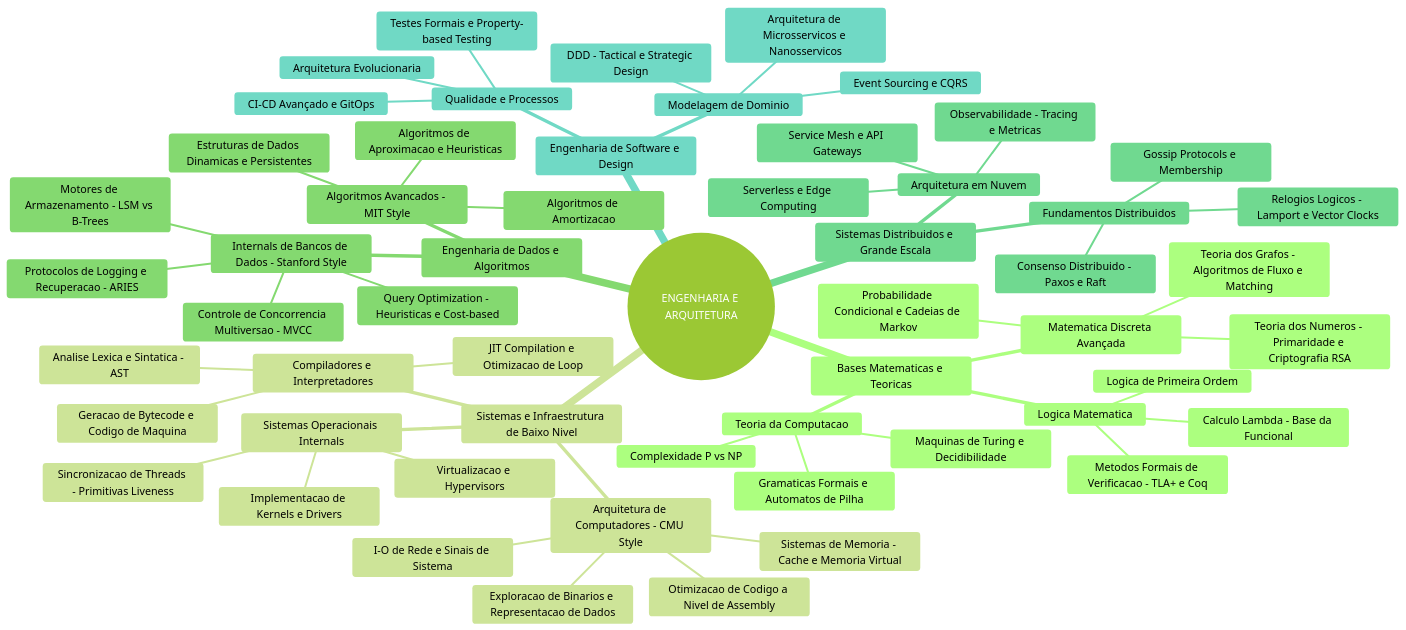
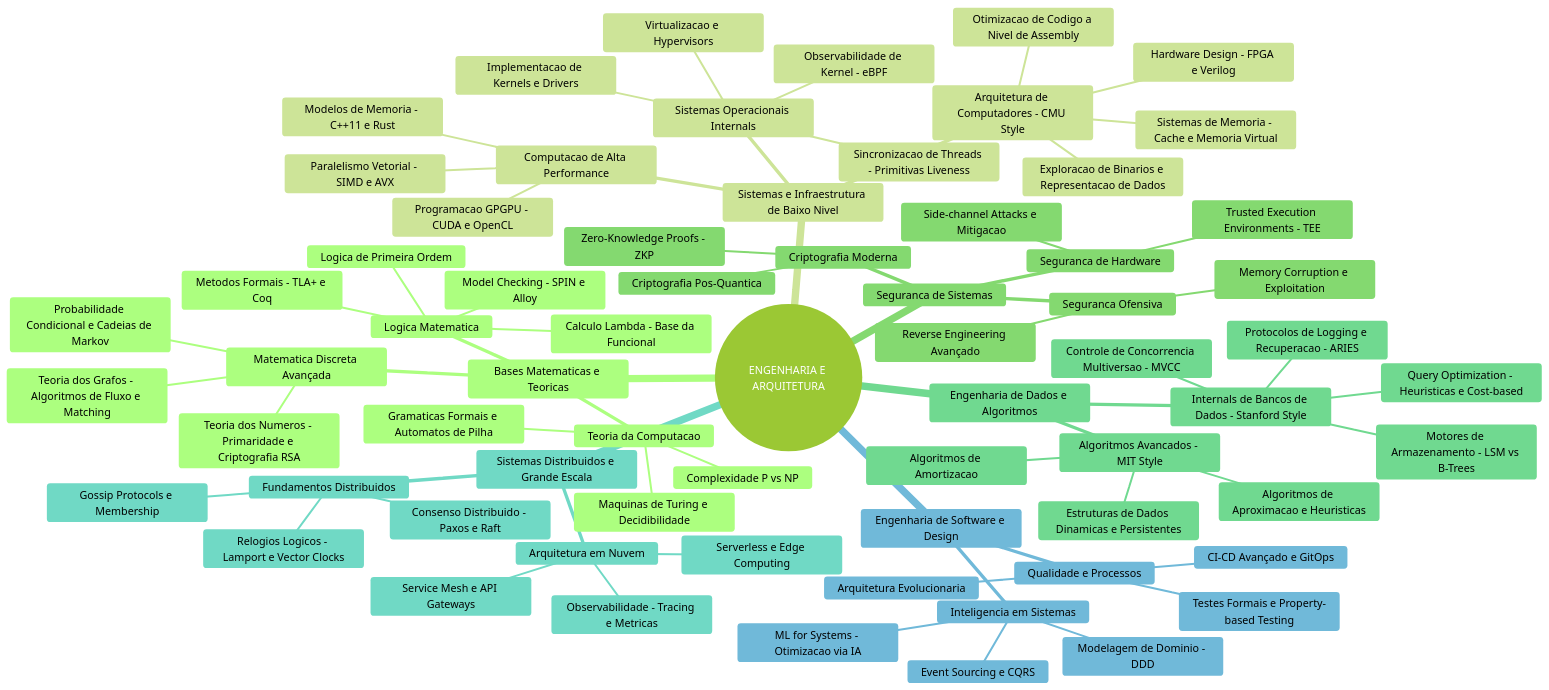
One commit to aldcejam/study changed the diagram in ROADMAP.md. Above: the diagram before and after it, drawn with Mermaid (forest theme). The commit also changed 1 other file, not shown here.

Commit message:
meu obsidian

````diff
--- a/ROADMAP.md
+++ b/ROADMAP.md
@@ -1,60 +1,71 @@
 ``` mermaid
 mindmap
   root((ENGENHARIA E ARQUITETURA))
     Bases Matematicas e Teoricas
       Matematica Discreta Avançada
         Teoria dos Grafos - Algoritmos de Fluxo e Matching
         Teoria dos Numeros - Primaridade e Criptografia RSA
         Probabilidade Condicional e Cadeias de Markov
       Teoria da Computacao
         Maquinas de Turing e Decidibilidade
         Complexidade P vs NP
         Gramaticas Formais e Automatos de Pilha
       Logica Matematica
         Logica de Primeira Ordem
-        Metodos Formais de Verificacao - TLA+ e Coq
+        Metodos Formais - TLA+ e Coq
+        Model Checking - SPIN e Alloy
         Calculo Lambda - Base da Funcional
     Sistemas e Infraestrutura de Baixo Nivel
       Arquitetura de Computadores - CMU Style
         Exploracao de Binarios e Representacao de Dados
         Otimizacao de Codigo a Nivel de Assembly
+        Hardware Design - FPGA e Verilog
         Sistemas de Memoria - Cache e Memoria Virtual
-        I-O de Rede e Sinais de Sistema
-      Compiladores e Interpretadores
-        Analise Lexica e Sintatica - AST
-        Geracao de Bytecode e Codigo de Maquina
-        JIT Compilation e Otimizacao de Loop
       Sistemas Operacionais Internals
         Implementacao de Kernels e Drivers
+        Observabilidade de Kernel - eBPF
         Sincronizacao de Threads - Primitivas Liveness
         Virtualizacao e Hypervisors
+      Computacao de Alta Performance
+        Paralelismo Vetorial - SIMD e AVX
+        Programacao GPGPU - CUDA e OpenCL
+        Modelos de Memoria - C++11 e Rust
+    Seguranca de Sistemas
+      Seguranca Ofensiva
+        Memory Corruption e Exploitation
+        Reverse Engineering Avançado
+      Criptografia Moderna
+        Zero-Knowledge Proofs - ZKP
+        Criptografia Pos-Quantica
+      Seguranca de Hardware
+        Trusted Execution Environments - TEE
+        Side-channel Attacks e Mitigacao
     Engenharia de Dados e Algoritmos
       Algoritmos Avancados - MIT Style
         Algoritmos de Amortizacao
         Estruturas de Dados Dinamicas e Persistentes
         Algoritmos de Aproximacao e Heuristicas
       Internals de Bancos de Dados - Stanford Style
         Motores de Armazenamento - LSM vs B-Trees
         Query Optimization - Heuristicas e Cost-based
         Controle de Concorrencia Multiversao - MVCC
         Protocolos de Logging e Recuperacao - ARIES
     Sistemas Distribuidos e Grande Escala
       Fundamentos Distribuidos
         Relogios Logicos - Lamport e Vector Clocks
         Consenso Distribuido - Paxos e Raft
         Gossip Protocols e Membership
       Arquitetura em Nuvem
         Observabilidade - Tracing e Metricas
         Service Mesh e API Gateways
         Serverless e Edge Computing
     Engenharia de Software e Design
       Qualidade e Processos
         Testes Formais e Property-based Testing
         CI-CD Avançado e GitOps
         Arquitetura Evolucionaria
-      Modelagem de Dominio
-        DDD - Tactical e Strategic Design
+      Inteligencia em Sistemas
+        ML for Systems - Otimizacao via IA
+        Modelagem de Dominio - DDD
         Event Sourcing e CQRS
-        Arquitetura de Microsservicos e Nanosservicos
-
 ```
````
